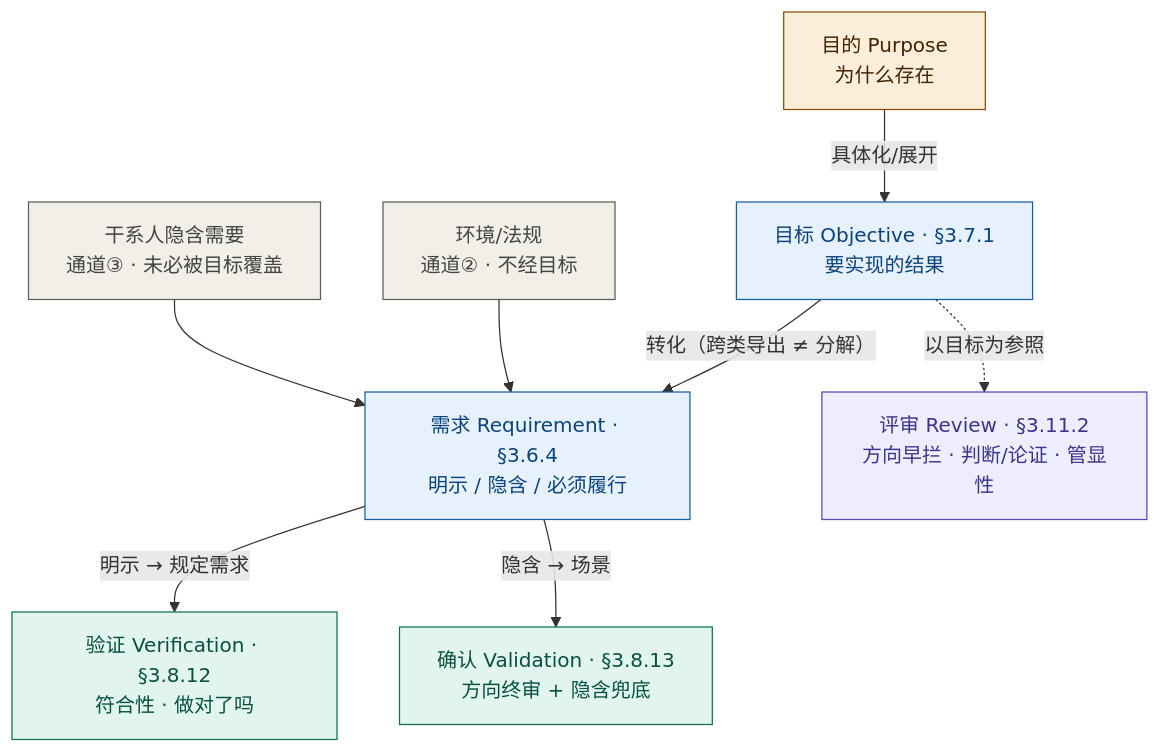
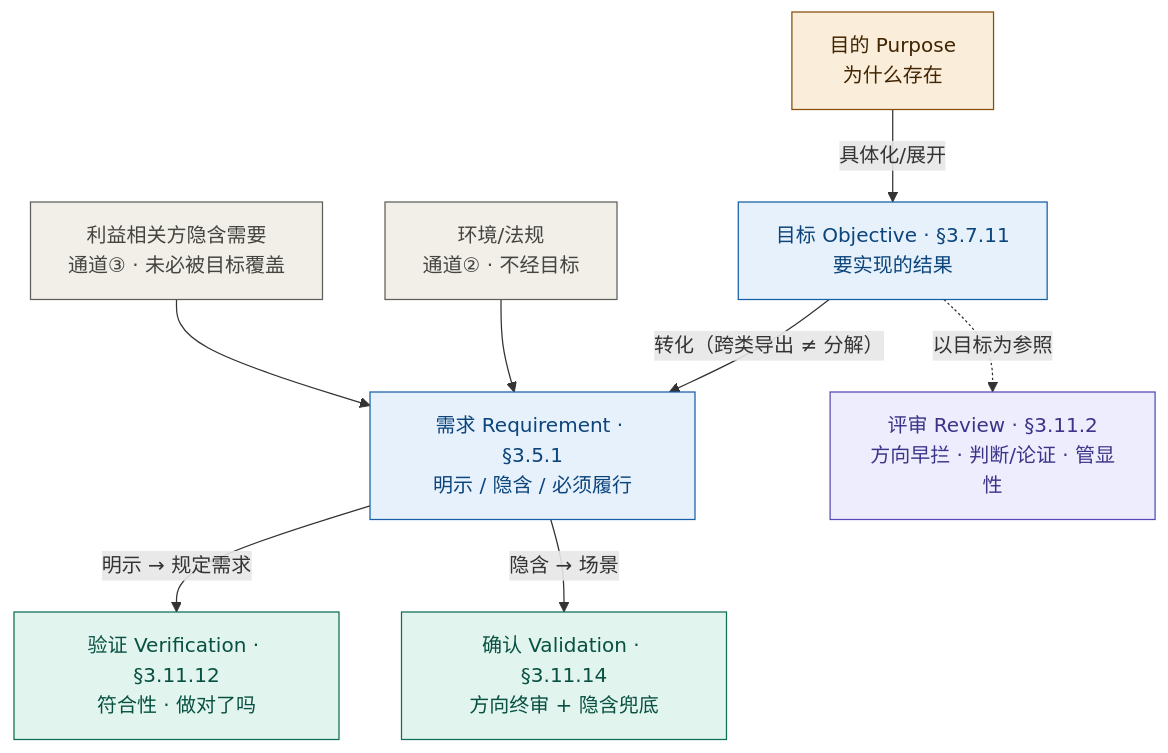
Diagram 11 of 21 in 100-subprojects/01-系统工程研究/00-系统工程相关研究报告/03-评审概念研究报告-从评审定义到需求管理.md (Yongjunzhou/AOS-system-design), drawn with Mermaid before and after one commit. The commit also changed other lines of this file and 38 other files, not shown here.

````diff
--- a/100-subprojects/01-系统工程研究/00-系统工程相关研究报告/03-评审概念研究报告-从评审定义到需求管理.md
+++ b/100-subprojects/01-系统工程研究/00-系统工程相关研究报告/03-评审概念研究报告-从评审定义到需求管理.md
@@ -498,18 +512,18 @@
 ```mermaid
 flowchart TB
-    P["目的 Purpose<br/>为什么存在"] -->|具体化/展开| O["目标 Objective · §3.7.1<br/>要实现的结果"]
-    O -->|转化（跨类导出 ≠ 分解）| R["需求 Requirement · §3.6.4<br/>明示 / 隐含 / 必须履行"]
+    P["目的 Purpose<br/>为什么存在"] -->|具体化/展开| O["目标 Objective · §3.7.11<br/>要实现的结果"]
+    O -->|转化（跨类导出 ≠ 分解）| R["需求 Requirement · §3.5.1<br/>明示 / 隐含 / 必须履行"]
     E["环境/法规<br/>通道② · 不经目标"] --> R
-    S["干系人隐含需要<br/>通道③ · 未必被目标覆盖"] --> R
+    S["利益相关方隐含需要<br/>通道③ · 未必被目标覆盖"] --> R
     O -.以目标为参照.-> RV["评审 Review · §3.11.2<br/>方向早拦 · 判断/论证 · 管显性"]
-    R -->|明示 → 规定需求| V["验证 Verification · §3.8.12<br/>符合性 · 做对了吗"]
-    R -->|隐含 → 场景| VA["确认 Validation · §3.8.13<br/>方向终审 + 隐含兜底"]
+    R -->|明示 → 规定需求| V["验证 Verification · §3.11.12<br/>符合性 · 做对了吗"]
+    R -->|隐含 → 场景| VA["确认 Validation · §3.11.14<br/>方向终审 + 隐含兜底"]
     style P fill:#FAEEDA,stroke:#854F0B,color:#412402
     style O fill:#E6F1FB,stroke:#185FA5,color:#0C447C
     style R fill:#E6F1FB,stroke:#185FA5,color:#0C447C
     style E fill:#F1EFE8,stroke:#5F5E5A,color:#444441
     style S fill:#F1EFE8,stroke:#5F5E5A,color:#444441
     style RV fill:#EEEDFE,stroke:#534AB7,color:#3C3489
     style V fill:#E1F5EE,stroke:#0F6E56,color:#085041
     style VA fill:#E1F5EE,stroke:#0F6E56,color:#085041
 ```
````
